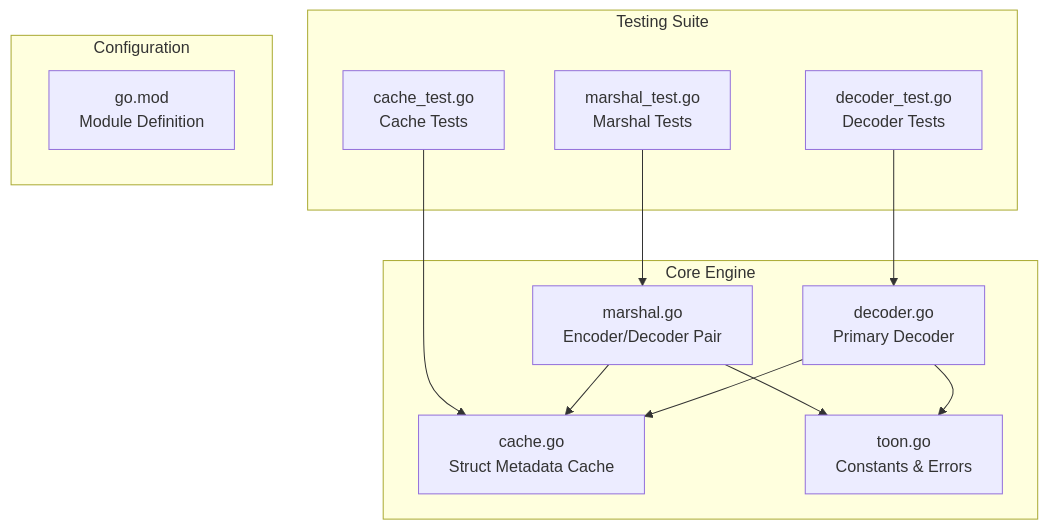
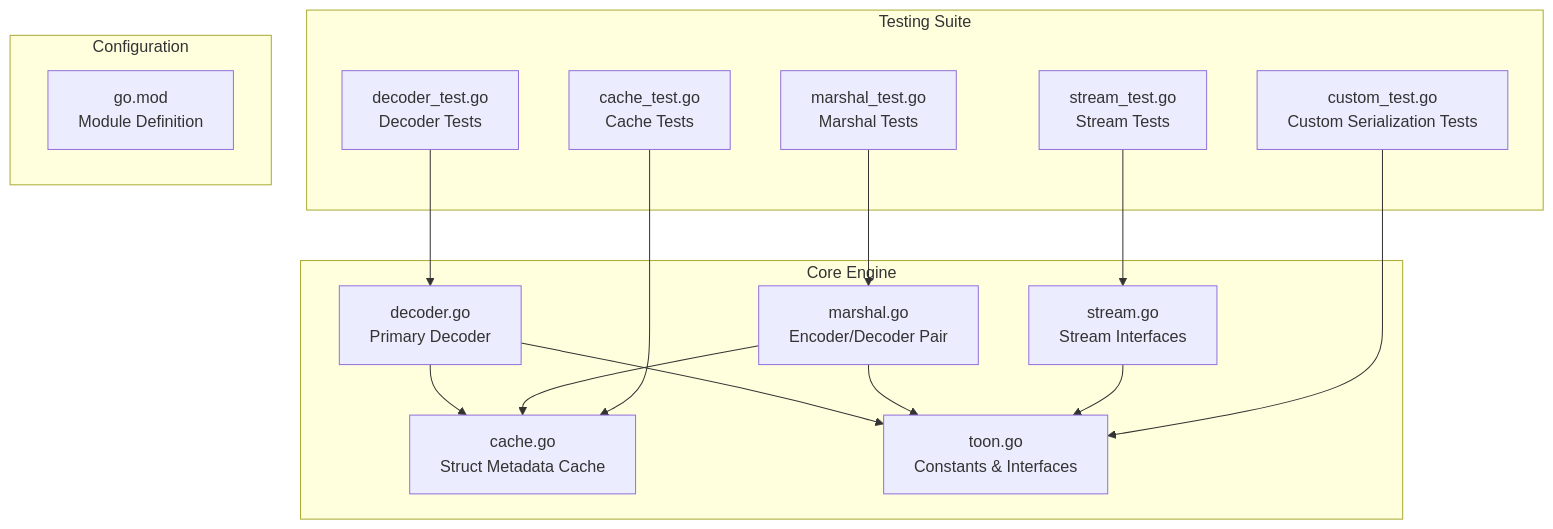
One commit to OTumanov/go-toon changed the first of 17 diagrams in .qoder/repowiki/en/content/Decoder Engine.md. Above: the diagram before and after it, drawn with Mermaid. The commit also changed other lines of this file and 11 other files, not shown here.

First line of the commit message:
feat: add Pre-flight Schema + Token Calculator to toongen

````diff
--- a/.qoder/repowiki/en/content/Decoder Engine.md
+++ b/.qoder/repowiki/en/content/Decoder Engine.md
@@ -44,24 +49,30 @@
 ```mermaid
 graph TB
 subgraph "Core Engine"
 D[decoder.go<br/>Primary Decoder]
 M[marshal.go<br/>Encoder/Decoder Pair]
 C[cache.go<br/>Struct Metadata Cache]
-T[toon.go<br/>Constants & Errors]
+T[toon.go<br/>Constants & Interfaces]
+S[stream.go<br/>Stream Interfaces]
 end
 subgraph "Testing Suite"
 DT[decoder_test.go<br/>Decoder Tests]
+ST[stream_test.go<br/>Stream Tests]
 MT[marshal_test.go<br/>Marshal Tests]
 CT[cache_test.go<br/>Cache Tests]
+CT2[custom_test.go<br/>Custom Serialization Tests]
 end
 subgraph "Configuration"
 GM[go.mod<br/>Module Definition]
 end
 D --> C
 M --> C
 D --> T
 M --> T
+S --> T
 DT --> D
+ST --> S
 MT --> M
 CT --> C
+CT2 --> T
 ```
````
